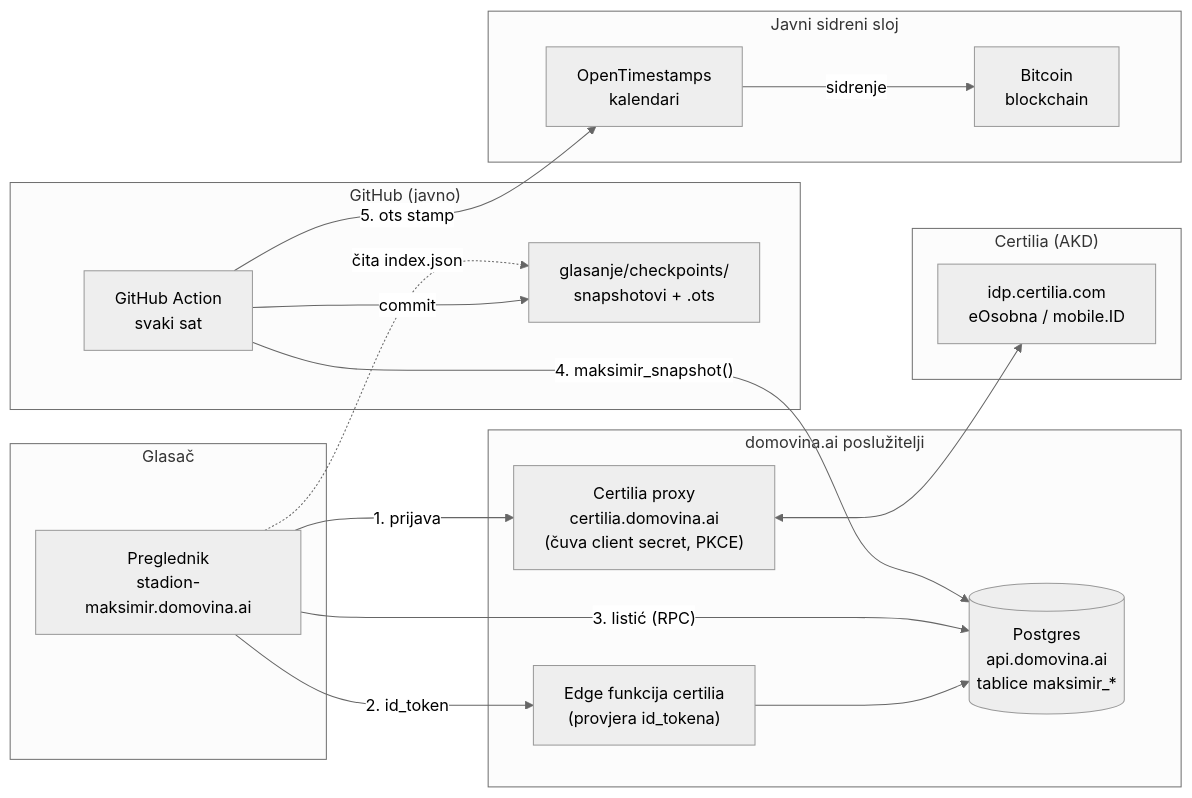
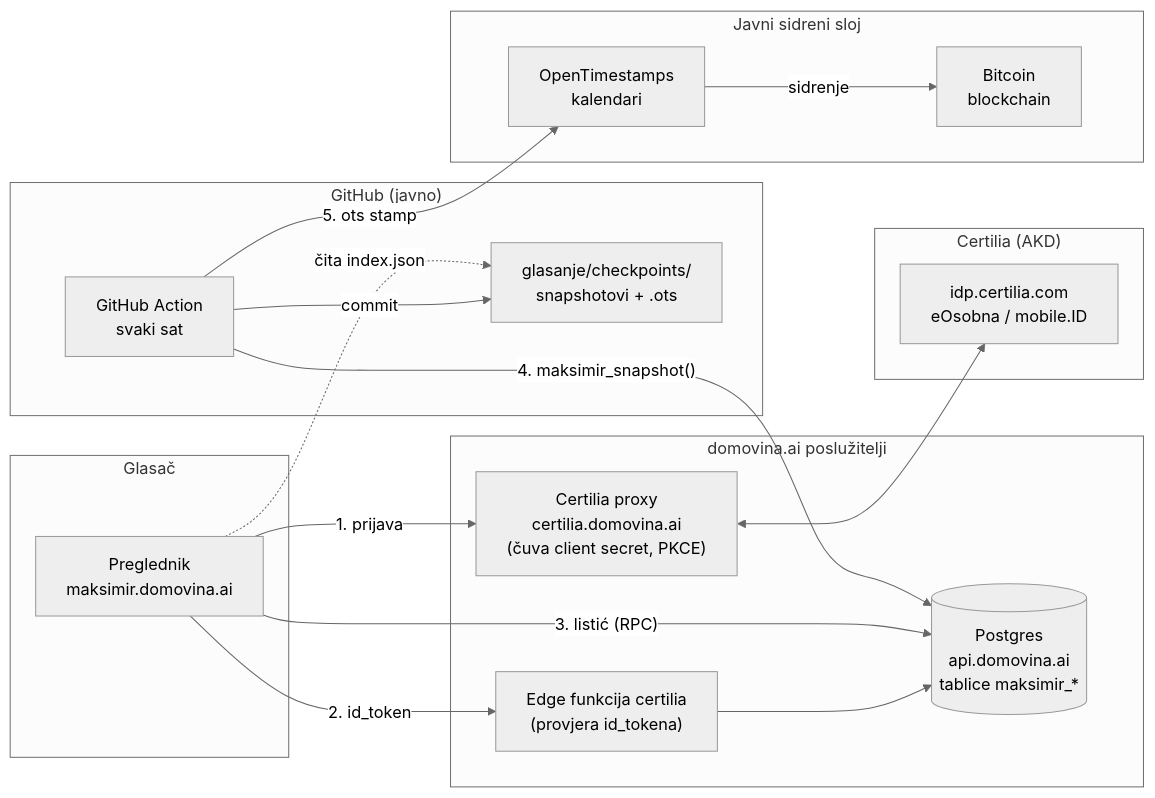
The first of 10 diagrams in docs/glasanje-kako-radi.md (stepanic/stadion-maksimir-natjecaj-2026), drawn with Mermaid (neutral theme) before and after one commit. The commit also changed other lines of this file and 4 other files, not shown here.

````diff
--- a/docs/glasanje-kako-radi.md
+++ b/docs/glasanje-kako-radi.md
@@ -35,37 +43,37 @@
 ```mermaid
 flowchart LR
   subgraph K["Glasač"]
-    B["Preglednik<br/>stadion-maksimir.domovina.ai"]
+    B["Preglednik<br/>maksimir.domovina.ai"]
   end
 
   subgraph C["Certilia (AKD)"]
     IDP["idp.certilia.com<br/>eOsobna / mobile.ID"]
   end
 
   subgraph D["domovina.ai poslužitelji"]
     PX["Certilia proxy<br/>certilia.domovina.ai<br/>(čuva client secret, PKCE)"]
     EF["Edge funkcija certilia<br/>(provjera id_tokena)"]
     DB[("Postgres<br/>api.domovina.ai<br/>tablice maksimir_*")]
   end
 
   subgraph G["GitHub (javno)"]
     GA["GitHub Action<br/>svaki sat"]
     REPO["glasanje/checkpoints/<br/>snapshotovi + .ots"]
   end
 
   subgraph O["Javni sidreni sloj"]
     OTS["OpenTimestamps<br/>kalendari"]
     BTC["Bitcoin<br/>blockchain"]
   end
 
   B -- "1. prijava" --> PX
   PX <--> IDP
   B -- "2. id_token" --> EF
   EF --> DB
   B -- "3. listić (RPC)" --> DB
   GA -- "4. maksimir_snapshot()" --> DB
   GA -- "5. ots stamp" --> OTS
   OTS -- "sidrenje" --> BTC
   GA -- "commit" --> REPO
   B -. "čita index.json" .-> REPO
 ```
````
